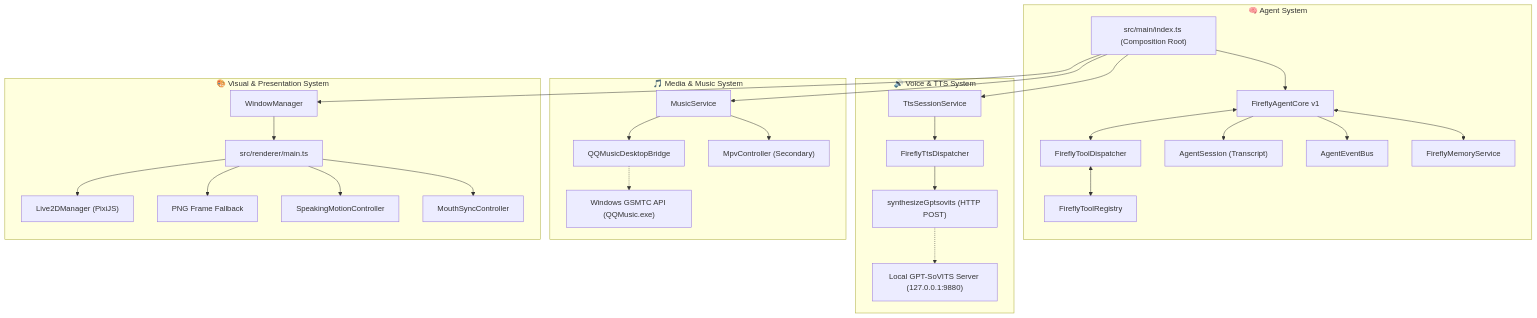
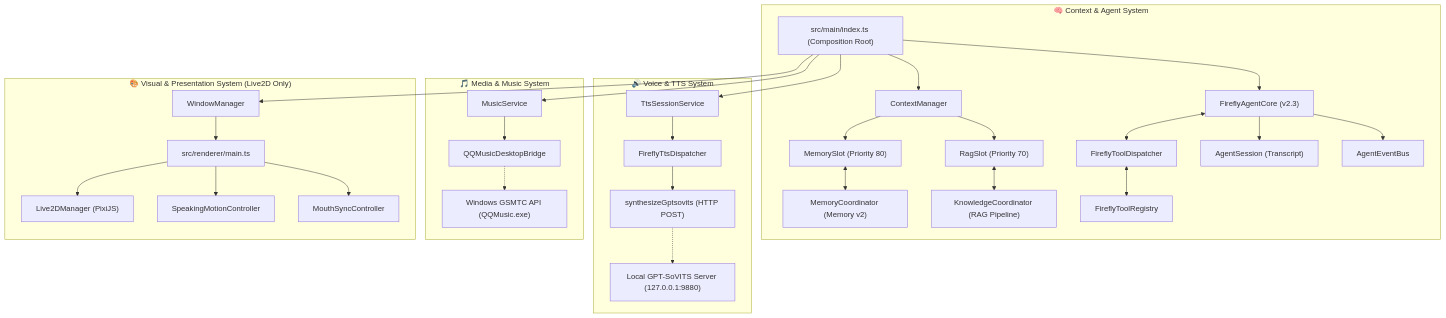
Before and after one commit to Serendipity-wu02/Firefly_Agent: the diagram in README.md, drawn with Mermaid. The commit also changed other lines of this file and 10 other files, not shown here.

````diff
--- a/README.md
+++ b/README.md
@@ -44,36 +55,38 @@
 ```mermaid
 flowchart TD
     Index["src/main/index.ts (Composition Root)"]
     
-    subgraph AgentSystem ["🧠 Agent System"]
-        Index --> Core["FireflyAgentCore v1"]
+    subgraph ContextAndAgent ["🧠 Context & Agent System"]
+        Index --> Core["FireflyAgentCore (v2.3)"]
+        Index --> CM["ContextManager"]
+        CM --> MemSlot["MemorySlot (Priority 80)"]
+        CM --> RagSlot["RagSlot (Priority 70)"]
+        MemSlot <--> MemCoord["MemoryCoordinator (Memory v2)"]
+        RagSlot <--> KnowCoord["KnowledgeCoordinator (RAG Pipeline)"]
         Core <--> Dispatcher["FireflyToolDispatcher"]
         Dispatcher <--> Registry["FireflyToolRegistry"]
         Core --> Session["AgentSession (Transcript)"]
         Core --> Bus["AgentEventBus"]
-        Core <--> Memory["FireflyMemoryService"]
     end
 
     subgraph VoiceSystem ["🔊 Voice & TTS System"]
         Index --> TtsSvc["TtsSessionService"]
         TtsSvc --> TtsDisp["FireflyTtsDispatcher"]
         TtsDisp --> GptSoVits["synthesizeGptsovits (HTTP POST)"]
         GptSoVits -.-> RemoteTTS["Local GPT-SoVITS Server (127.0.0.1:9880)"]
     end
 
     subgraph MusicSystem ["🎵 Media & Music System"]
         Index --> MusicSvc["MusicService"]
         MusicSvc --> QQBridge["QQMusicDesktopBridge"]
         QQBridge -.-> WinGSMTC["Windows GSMTC API (QQMusic.exe)"]
-        MusicSvc --> FallbackMpv["MpvController (Secondary)"]
     end
 
-    subgraph VisualSystem ["🎨 Visual & Presentation System"]
+    subgraph VisualSystem ["🎨 Visual & Presentation System (Live2D Only)"]
         Index --> WinMgr["WindowManager"]
         WinMgr --> Renderer["src/renderer/main.ts"]
         Renderer --> Live2DMgr["Live2DManager (PixiJS)"]
-        Renderer --> FallbackPNG["PNG Frame Fallback"]
         Renderer --> SpeakingCtrl["SpeakingMotionController"]
         Renderer --> MouthSync["MouthSyncController"]
     end
 ```
````
